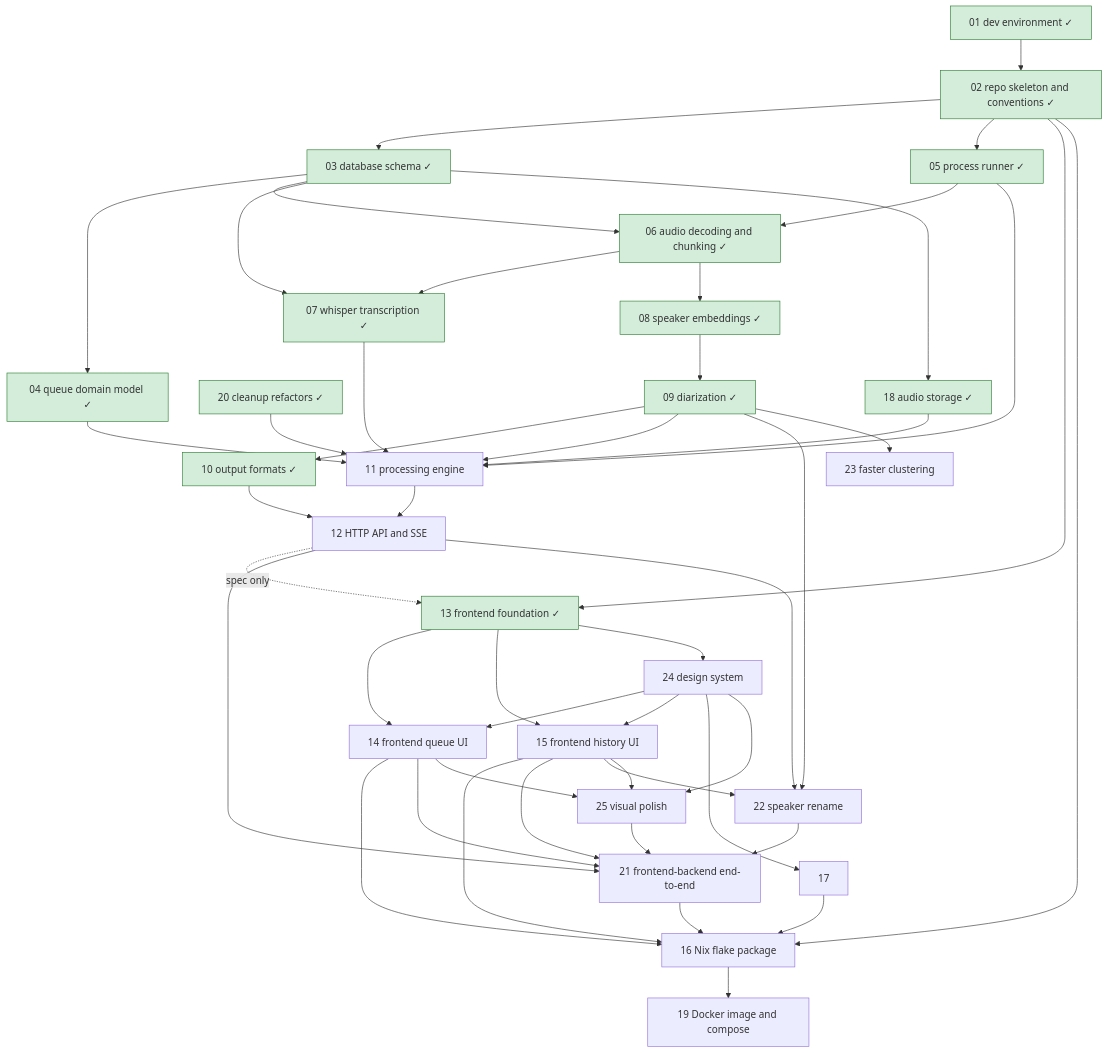
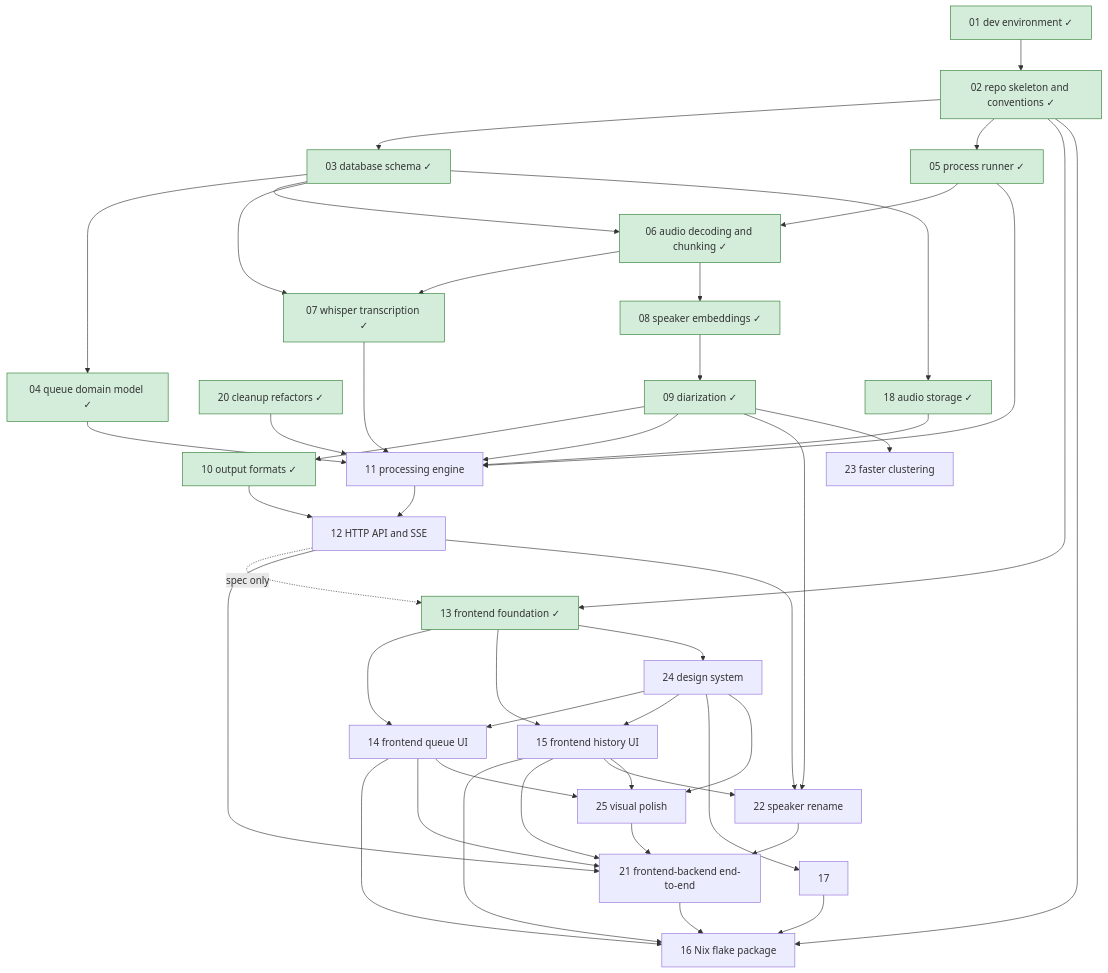
The diagram in roadmap/README.md (lulu-berlin/speech-to-text-app), drawn with Mermaid before and after one commit. The commit also changed other lines of this file and 4 other files, not shown here.

````diff
--- a/roadmap/README.md
+++ b/roadmap/README.md
@@ -17,51 +17,50 @@
 ```mermaid
 graph TD
   01[01 dev environment ✓]:::done --> 02[02 repo skeleton and conventions ✓]:::done
   02 --> 03[03 database schema ✓]:::done
   03 --> 04[04 queue domain model ✓]:::done
   02 --> 05[05 process runner ✓]:::done
   05 --> 06[06 audio decoding and chunking ✓]:::done
   03 --> 06
   06 --> 07[07 whisper transcription ✓]:::done
   03 --> 07
   06 --> 08[08 speaker embeddings ✓]:::done
   08 --> 09[09 diarization ✓]:::done
   09 --> 10[10 output formats ✓]:::done
   04 --> 11[11 processing engine]
   05 --> 11
   07 --> 11
   09 --> 11
   03 --> 18[18 audio storage ✓]:::done
   18 --> 11
   20 --> 11
   11 --> 12[12 HTTP API and SSE]
   10 --> 12
   02 --> 13[13 frontend foundation ✓]:::done
   12 -. spec only .-> 13
   13 --> 14[14 frontend queue UI]
   13 --> 15[15 frontend history UI]
   02 --> 16[16 Nix flake package]
   14 --> 16
   15 --> 16
   17 --> 16
-  16 --> 19[19 Docker image and compose]
   20[20 cleanup refactors ✓]:::done
   12 --> 21[21 frontend-backend end-to-end]
   14 --> 21
   15 --> 21
   22 --> 21
   25 --> 21
   21 --> 16
   09 --> 22[22 speaker rename]
   12 --> 22
   15 --> 22
   09 --> 23[23 faster clustering]
   13 --> 24[24 design system]
   24 --> 14
   24 --> 15
   24 --> 17
   24 --> 25[25 visual polish]
   14 --> 25
   15 --> 25
   classDef done fill:#d4edda,stroke:#2e7d32
 ```
````
